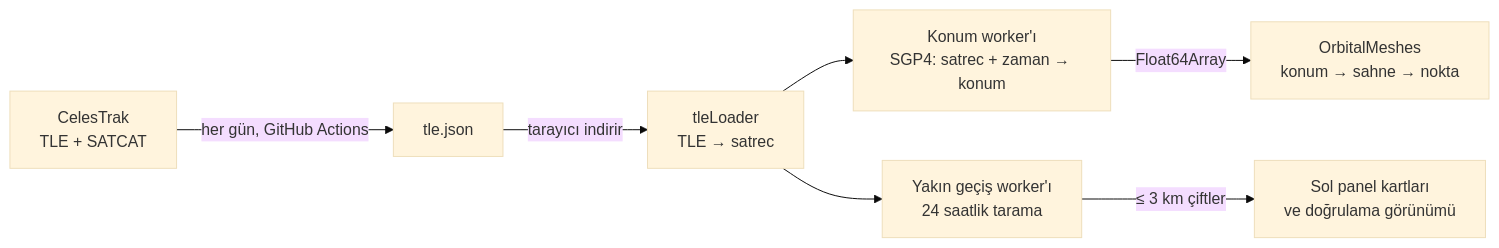
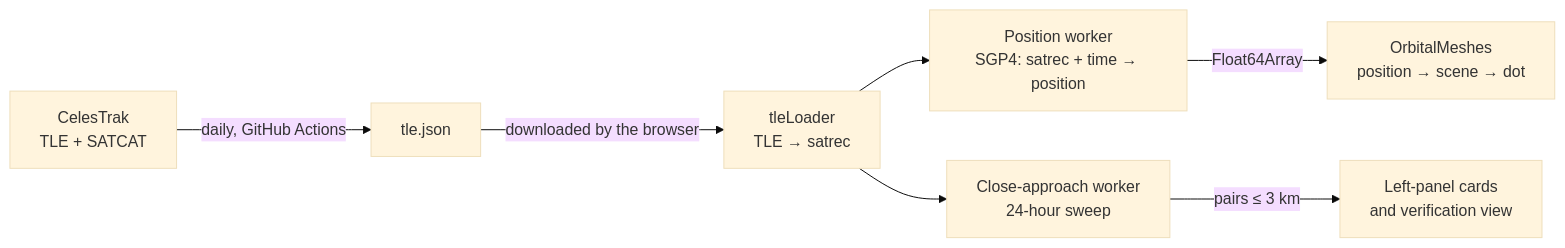
The diagram in docs/ARCHITECTURE.md (muhammet842/orbital-congestion-simulator-premium), drawn with Mermaid (base theme) before and after one commit. The commit also changed other lines of this file and 17 other files, not shown here.

````diff
--- a/docs/ARCHITECTURE.md
+++ b/docs/ARCHITECTURE.md
@@ -5,9 +5,9 @@
 ```mermaid
 flowchart LR
-  A[CelesTrak<br/>TLE + SATCAT] -->|her gün, GitHub Actions| B[tle.json]
-  B -->|tarayıcı indirir| C[tleLoader<br/>TLE → satrec]
-  C --> D[Konum worker'ı<br/>SGP4: satrec + zaman → konum]
-  D -->|Float64Array| E[OrbitalMeshes<br/>konum → sahne → nokta]
-  C --> F[Yakın geçiş worker'ı<br/>24 saatlik tarama]
-  F -->|≤ 3 km çiftler| G[Sol panel kartları<br/>ve doğrulama görünümü]
+  A[CelesTrak<br/>TLE + SATCAT] -->|daily, GitHub Actions| B[tle.json]
+  B -->|downloaded by the browser| C[tleLoader<br/>TLE → satrec]
+  C --> D[Position worker<br/>SGP4: satrec + time → position]
+  D -->|Float64Array| E[OrbitalMeshes<br/>position → scene → dot]
+  C --> F[Close-approach worker<br/>24-hour sweep]
+  F -->|pairs ≤ 3 km| G[Left-panel cards<br/>and verification view]
 ```
````
